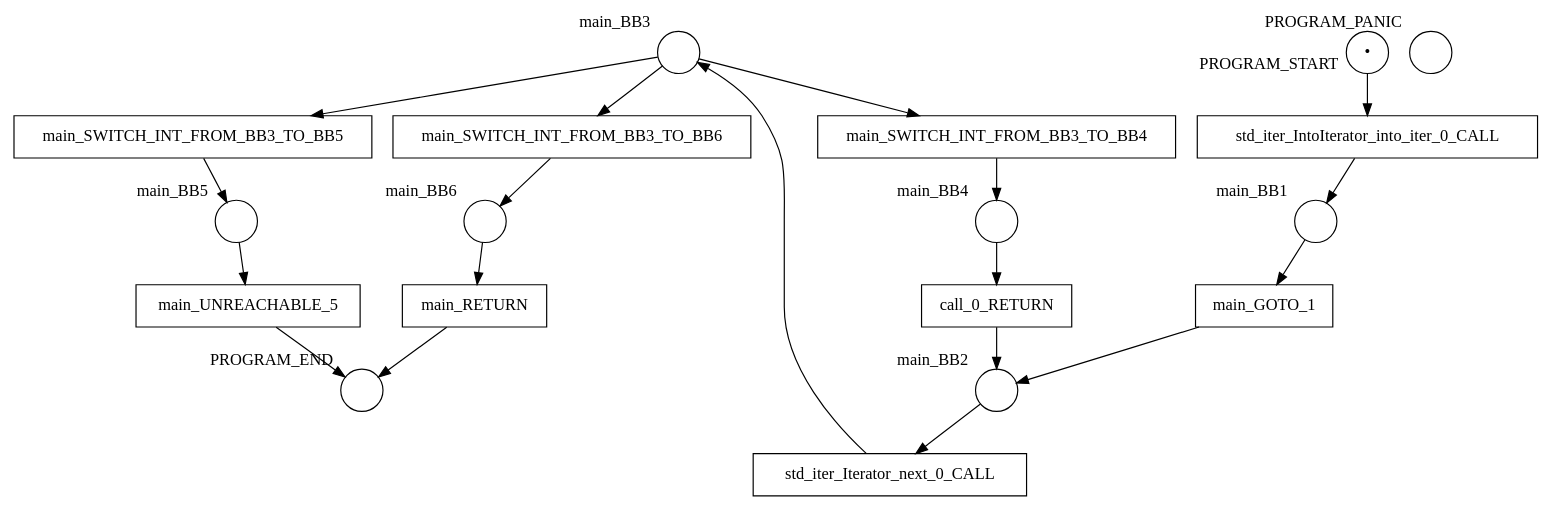
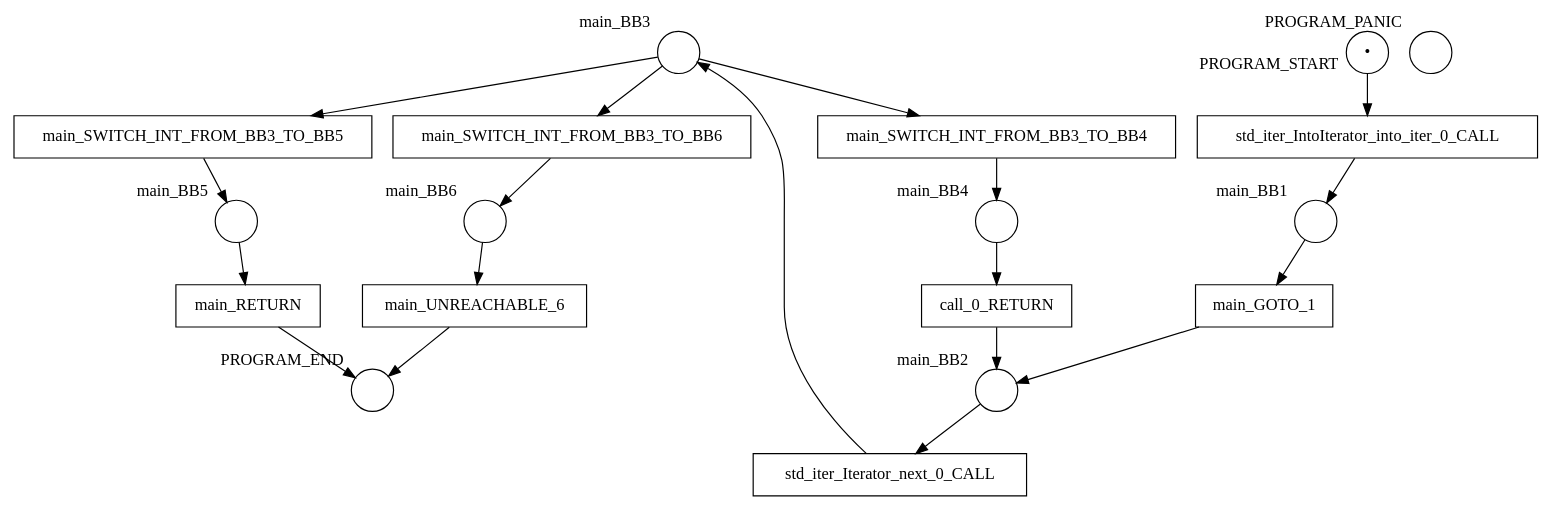
One commit to hlisdero/cargo-check-deadlock changed the diagram in examples/results/function_call/in_a_loop/net.dot. Above: the diagram before and after it, drawn with Graphviz. The commit also changed 15 other files, not shown here.

```diff
--- a/examples/results/function_call/in_a_loop/net.dot
+++ b/examples/results/function_call/in_a_loop/net.dot
@@ -1,38 +1,38 @@
 digraph petrinet {
     PROGRAM_END [shape="circle" xlabel="PROGRAM_END" label=""];
     PROGRAM_PANIC [shape="circle" xlabel="PROGRAM_PANIC" label=""];
     PROGRAM_START [shape="circle" xlabel="PROGRAM_START" label="•"];
     main_BB1 [shape="circle" xlabel="main_BB1" label=""];
     main_BB2 [shape="circle" xlabel="main_BB2" label=""];
     main_BB3 [shape="circle" xlabel="main_BB3" label=""];
     main_BB4 [shape="circle" xlabel="main_BB4" label=""];
     main_BB5 [shape="circle" xlabel="main_BB5" label=""];
     main_BB6 [shape="circle" xlabel="main_BB6" label=""];
     call_0_RETURN [shape="box" xlabel="" label="call_0_RETURN"];
     main_GOTO_1 [shape="box" xlabel="" label="main_GOTO_1"];
     main_RETURN [shape="box" xlabel="" label="main_RETURN"];
     main_SWITCH_INT_FROM_BB3_TO_BB4 [shape="box" xlabel="" label="main_SWITCH_INT_FROM_BB3_TO_BB4"];
     main_SWITCH_INT_FROM_BB3_TO_BB5 [shape="box" xlabel="" label="main_SWITCH_INT_FROM_BB3_TO_BB5"];
     main_SWITCH_INT_FROM_BB3_TO_BB6 [shape="box" xlabel="" label="main_SWITCH_INT_FROM_BB3_TO_BB6"];
-    main_UNREACHABLE_5 [shape="box" xlabel="" label="main_UNREACHABLE_5"];
+    main_UNREACHABLE_6 [shape="box" xlabel="" label="main_UNREACHABLE_6"];
     std_iter_IntoIterator_into_iter_0_CALL [shape="box" xlabel="" label="std_iter_IntoIterator_into_iter_0_CALL"];
     std_iter_Iterator_next_0_CALL [shape="box" xlabel="" label="std_iter_Iterator_next_0_CALL"];
     PROGRAM_START -> std_iter_IntoIterator_into_iter_0_CALL;
     main_BB1 -> main_GOTO_1;
     main_BB2 -> std_iter_Iterator_next_0_CALL;
     main_BB3 -> main_SWITCH_INT_FROM_BB3_TO_BB4;
     main_BB3 -> main_SWITCH_INT_FROM_BB3_TO_BB5;
     main_BB3 -> main_SWITCH_INT_FROM_BB3_TO_BB6;
     main_BB4 -> call_0_RETURN;
-    main_BB5 -> main_UNREACHABLE_5;
-    main_BB6 -> main_RETURN;
+    main_BB5 -> main_RETURN;
+    main_BB6 -> main_UNREACHABLE_6;
     call_0_RETURN -> main_BB2;
     main_GOTO_1 -> main_BB2;
     main_RETURN -> PROGRAM_END;
     main_SWITCH_INT_FROM_BB3_TO_BB4 -> main_BB4;
     main_SWITCH_INT_FROM_BB3_TO_BB5 -> main_BB5;
     main_SWITCH_INT_FROM_BB3_TO_BB6 -> main_BB6;
-    main_UNREACHABLE_5 -> PROGRAM_END;
+    main_UNREACHABLE_6 -> PROGRAM_END;
     std_iter_IntoIterator_into_iter_0_CALL -> main_BB1;
     std_iter_Iterator_next_0_CALL -> main_BB3;
 }
```
